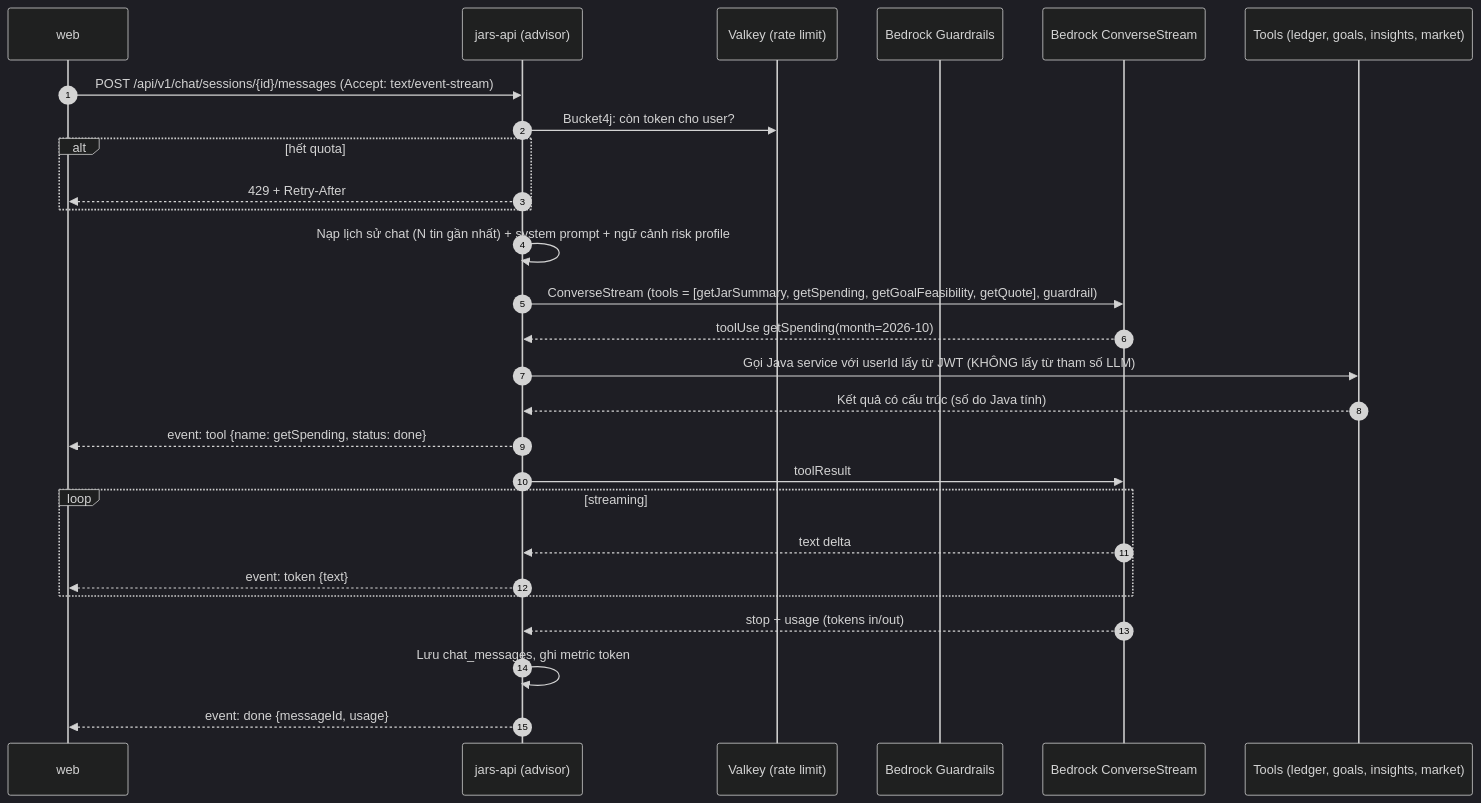
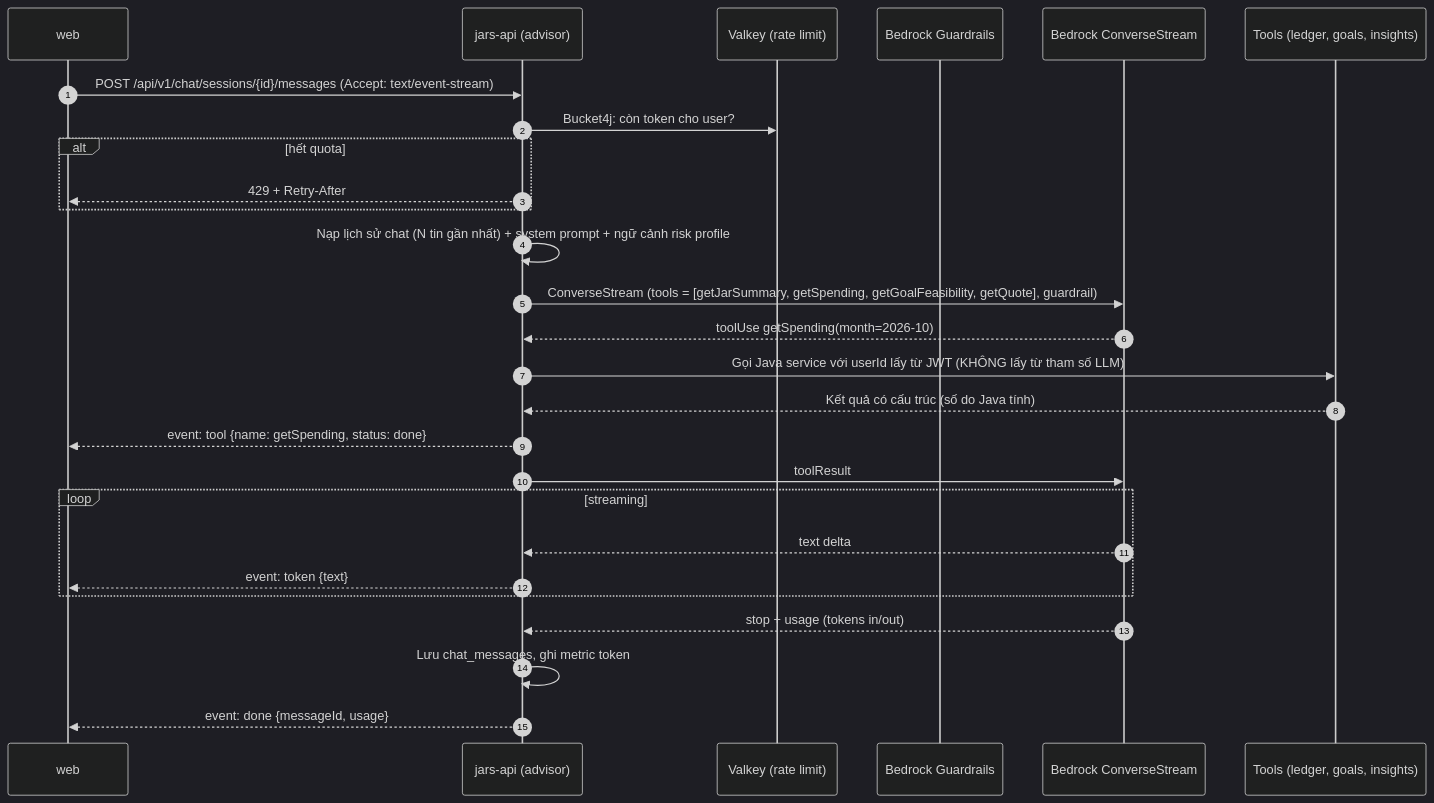
One commit to thphuc06/jar-platform changed the fifth of 9 diagrams in docs/02-architecture/flows.md. Above: the diagram before and after it, drawn with Mermaid (dark theme). The commit also changed 26 other files, not shown here.

````diff
--- a/docs/02-architecture/flows.md
+++ b/docs/02-architecture/flows.md
@@ -183,30 +183,30 @@
 ```mermaid
 sequenceDiagram
     autonumber
     participant W as web
     participant API as jars-api (advisor)
     participant RL as Valkey (rate limit)
     participant G as Bedrock Guardrails
     participant B as Bedrock ConverseStream
-    participant T as Tools (ledger, goals, insights, market)
+    participant T as Tools (ledger, goals, insights)
 
     W->>API: POST /api/v1/chat/sessions/{id}/messages (Accept: text/event-stream)
     API->>RL: Bucket4j: còn token cho user?
     alt hết quota
         API-->>W: 429 + Retry-After
     end
     API->>API: Nạp lịch sử chat (N tin gần nhất) + system prompt + ngữ cảnh risk profile
     API->>B: ConverseStream (tools = [getJarSummary, getSpending, getGoalFeasibility, getQuote], guardrail)
     B-->>API: toolUse getSpending(month=2026-10)
     API->>T: Gọi Java service với userId lấy từ JWT (KHÔNG lấy từ tham số LLM)
     T-->>API: Kết quả có cấu trúc (số do Java tính)
     API-->>W: event: tool {name: getSpending, status: done}
     API->>B: toolResult
     loop streaming
         B-->>API: text delta
         API-->>W: event: token {text}
     end
     B-->>API: stop + usage (tokens in/out)
     API->>API: Lưu chat_messages, ghi metric token
     API-->>W: event: done {messageId, usage}
 ```
````
